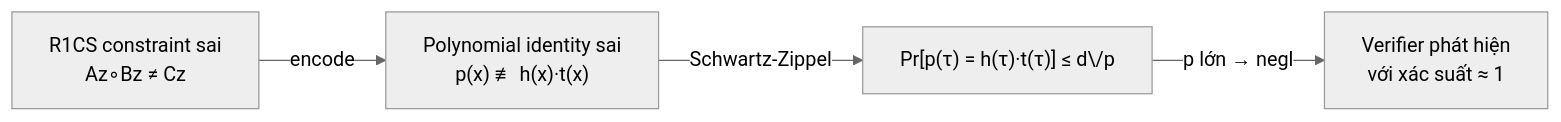
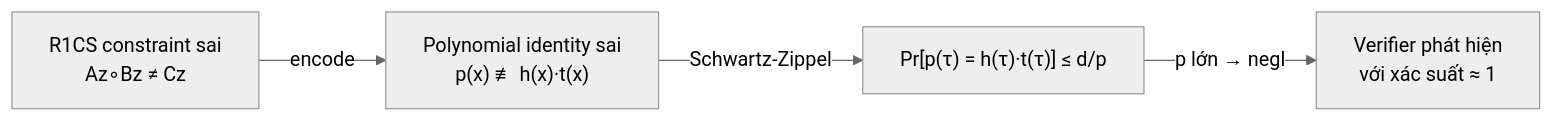
Before and after one commit to nhatminh65537/kitsu-quartz: the first of 2 diagrams in content/zkverify-series/arithmetic-circuits/08-r1cs-soundness-completeness.md, drawn with Mermaid (neutral theme). The commit also changed other lines of this file and 127 other files, not shown here.

````diff
--- a/content/zkverify-series/arithmetic-circuits/08-r1cs-soundness-completeness.md
+++ b/content/zkverify-series/arithmetic-circuits/08-r1cs-soundness-completeness.md
@@ -89,6 +89,6 @@
 ```mermaid
 flowchart LR
     A["R1CS constraint sai<br>Az∘Bz ≠ Cz"] -->|"encode"| B["Polynomial identity sai<br>p(x) ≢ h(x)·t(x)"]
-    B -->|"Schwartz-Zippel"| C["Pr[p(τ) = h(τ)·t(τ)] ≤ d\/p"]
+    B -->|"Schwartz-Zippel"| C["Pr[p(τ) = h(τ)·t(τ)] ≤ d/p"]
     C -->|"p lớn → negl"| D["Verifier phát hiện<br>với xác suất ≈ 1"]
 ```
````
